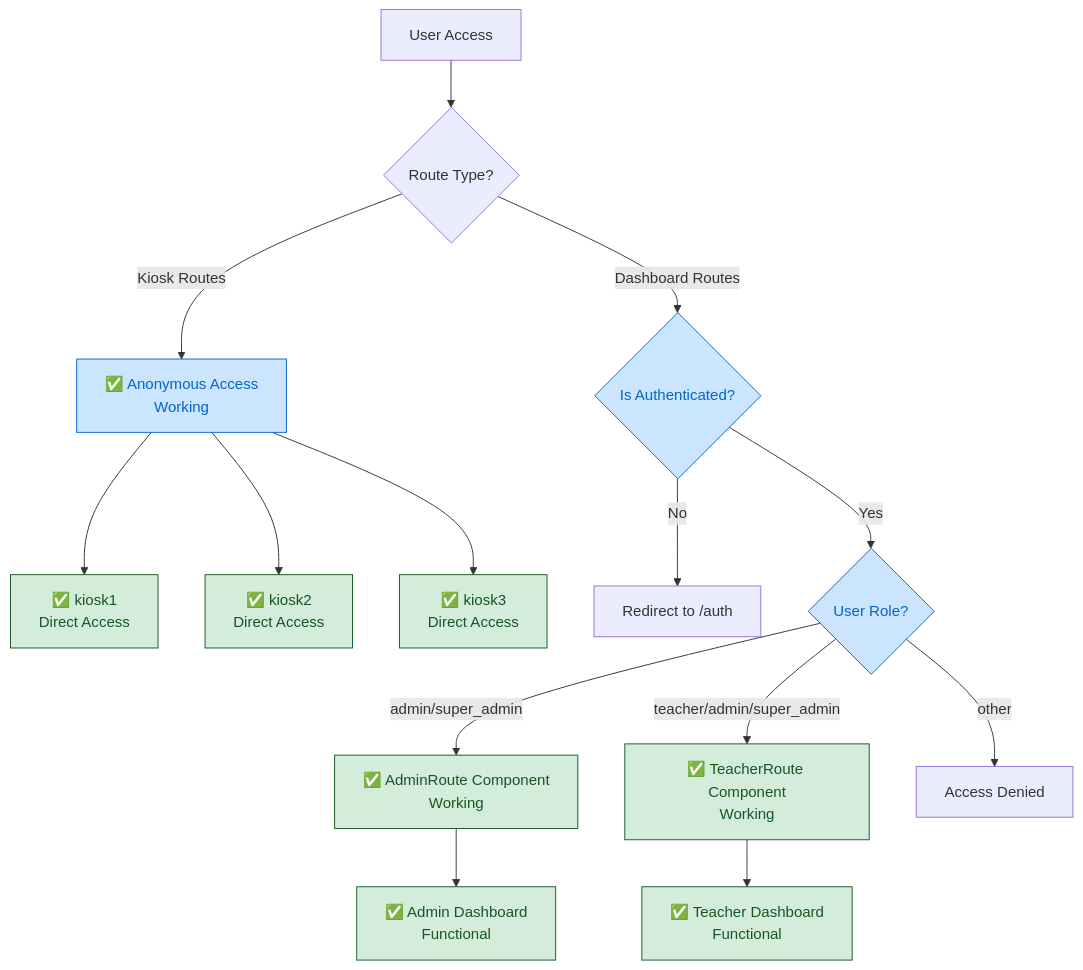
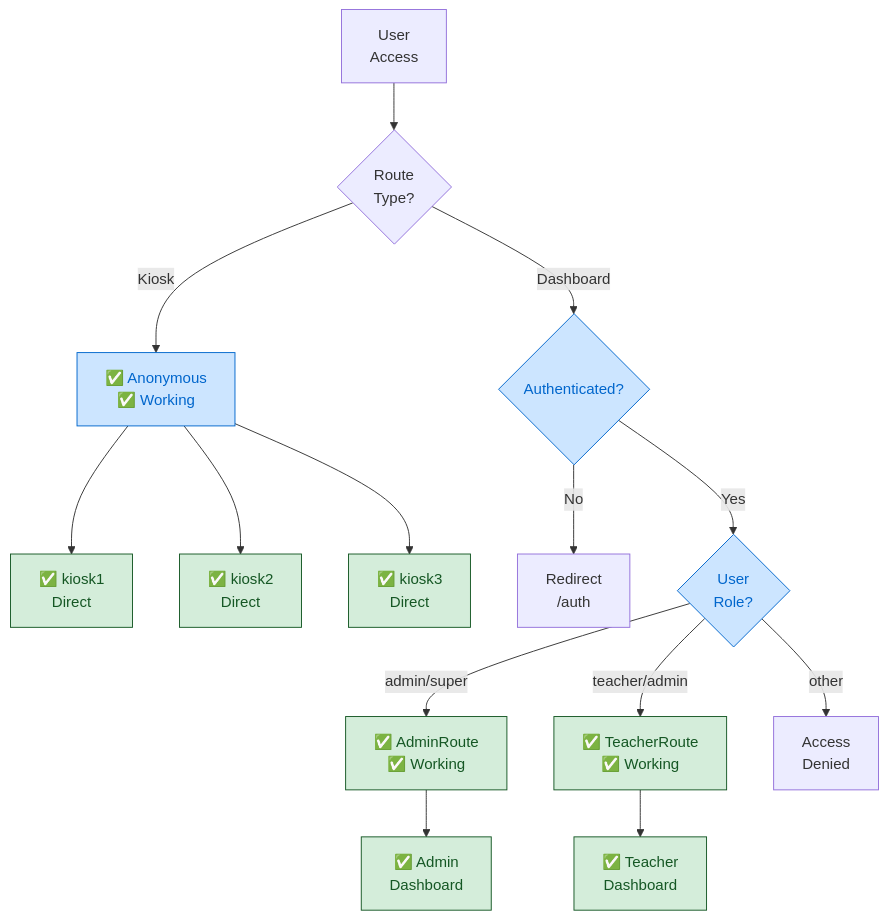
The first of 4 diagrams in docs/flowcharts/Current-State/01-current-authentication-complete.md (Splurfa/bx-os), drawn with Mermaid before and after one commit. The commit also changed other lines of this file, not shown here.

Commit message:
Fix flowchart text rendering

````diff
--- a/docs/flowcharts/Current-State/01-current-authentication-complete.md
+++ b/docs/flowcharts/Current-State/01-current-authentication-complete.md
@@ -9,26 +9,26 @@
 ```mermaid
 flowchart TD
-    A[User Access] --> B{Route Type?}
-    B -->|Kiosk Routes| C[✅ Anonymous Access<br/>Working]
-    B -->|Dashboard Routes| D{Is Authenticated?}
+    A[User<br/>Access] --> B{Route<br/>Type?}
+    B -->|Kiosk| C[✅ Anonymous<br/>✅ Working]
+    B -->|Dashboard| D{Authenticated?}
     
-    C --> E[✅ kiosk1<br/>Direct Access]
-    C --> F[✅ kiosk2<br/>Direct Access]
-    C --> G[✅ kiosk3<br/>Direct Access]
+    C --> E[✅ kiosk1<br/>Direct]
+    C --> F[✅ kiosk2<br/>Direct]
+    C --> G[✅ kiosk3<br/>Direct]
     
-    D -->|No| H[Redirect to /auth]
-    D -->|Yes| I{User Role?}
+    D -->|No| H[Redirect<br/>/auth]
+    D -->|Yes| I{User<br/>Role?}
     
-    I -->|admin/super_admin| J[✅ AdminRoute Component<br/>Working]
-    I -->|teacher/admin/super_admin| K[✅ TeacherRoute Component<br/>Working]
-    I -->|other| L[Access Denied]
+    I -->|admin/super| J[✅ AdminRoute<br/>✅ Working]
+    I -->|teacher/admin| K[✅ TeacherRoute<br/>✅ Working]
+    I -->|other| L[Access<br/>Denied]
     
-    J --> M[✅ Admin Dashboard<br/>Functional]
-    K --> N[✅ Teacher Dashboard<br/>Functional]
+    J --> M[✅ Admin<br/>Dashboard]
+    K --> N[✅ Teacher<br/>Dashboard]
     
     classDef working fill:#d4edda,stroke:#155724,color:#155724
     classDef functional fill:#cce5ff,stroke:#0066cc,color:#0066cc
     
     class E,F,G,J,K,M,N working
     class C,D,I functional
 ```
````
